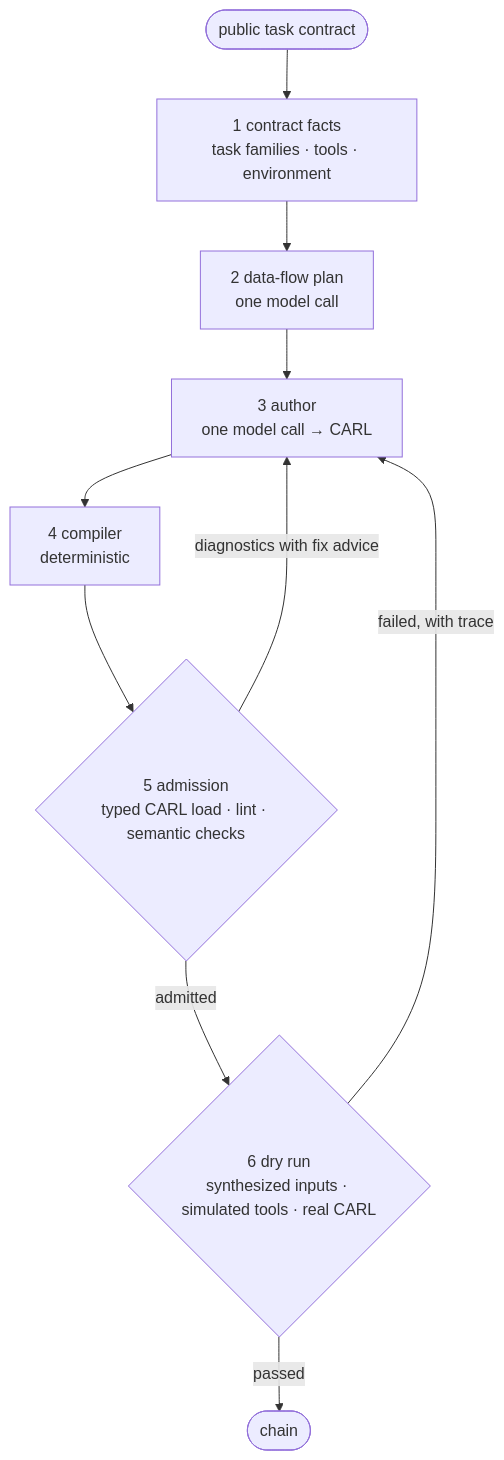
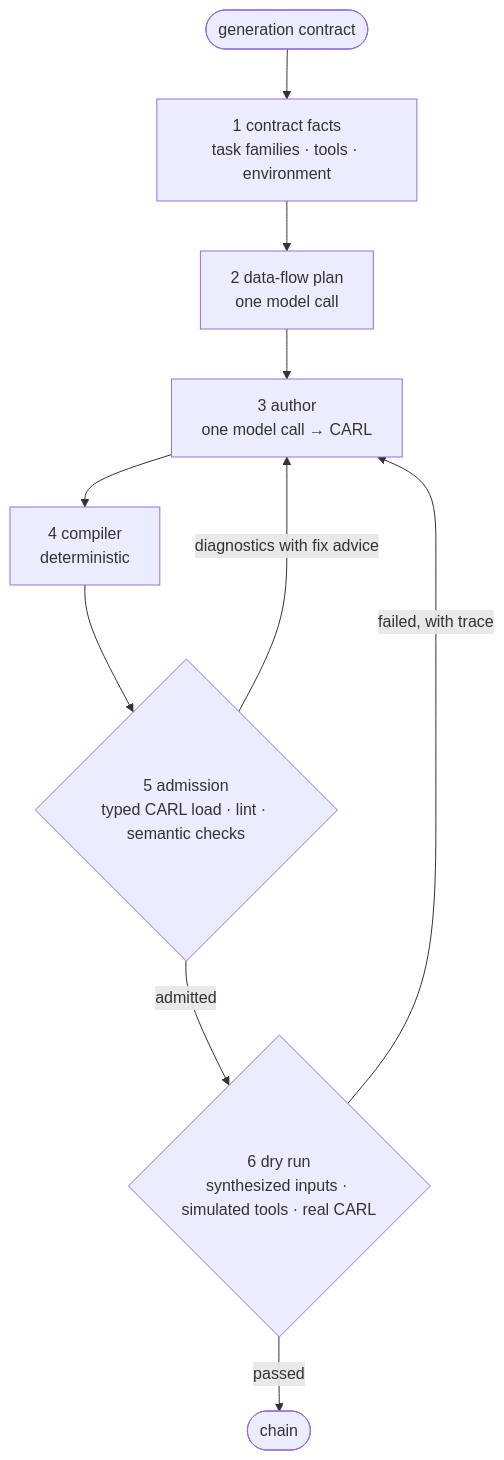
The diagram in src/content/docs/mage/concepts/v3-generator.md (pyshka501/care-docs), drawn with Mermaid before and after one commit. The commit also changed other lines of this file and 24 other files, not shown here.

````diff
--- a/src/content/docs/mage/concepts/v3-generator.md
+++ b/src/content/docs/mage/concepts/v3-generator.md
@@ -19,12 +23,12 @@
 ```mermaid
 flowchart TB
-    C([public task contract]) --> F["1 contract facts<br/>task families · tools · environment"]
+    C([generation contract]) --> F["1 contract facts<br/>task families · tools · environment"]
     F --> P["2 data-flow plan<br/>one model call"]
     P --> A["3 author<br/>one model call → CARL"]
     A --> K["4 compiler<br/>deterministic"]
     K --> Ad{"5 admission<br/>typed CARL load · lint · semantic checks"}
     Ad -->|diagnostics with fix advice| A
     Ad -->|admitted| D{"6 dry run<br/>synthesized inputs · simulated tools · real CARL"}
     D -->|failed, with trace| A
     D -->|passed| Out([chain])
 ```
````
